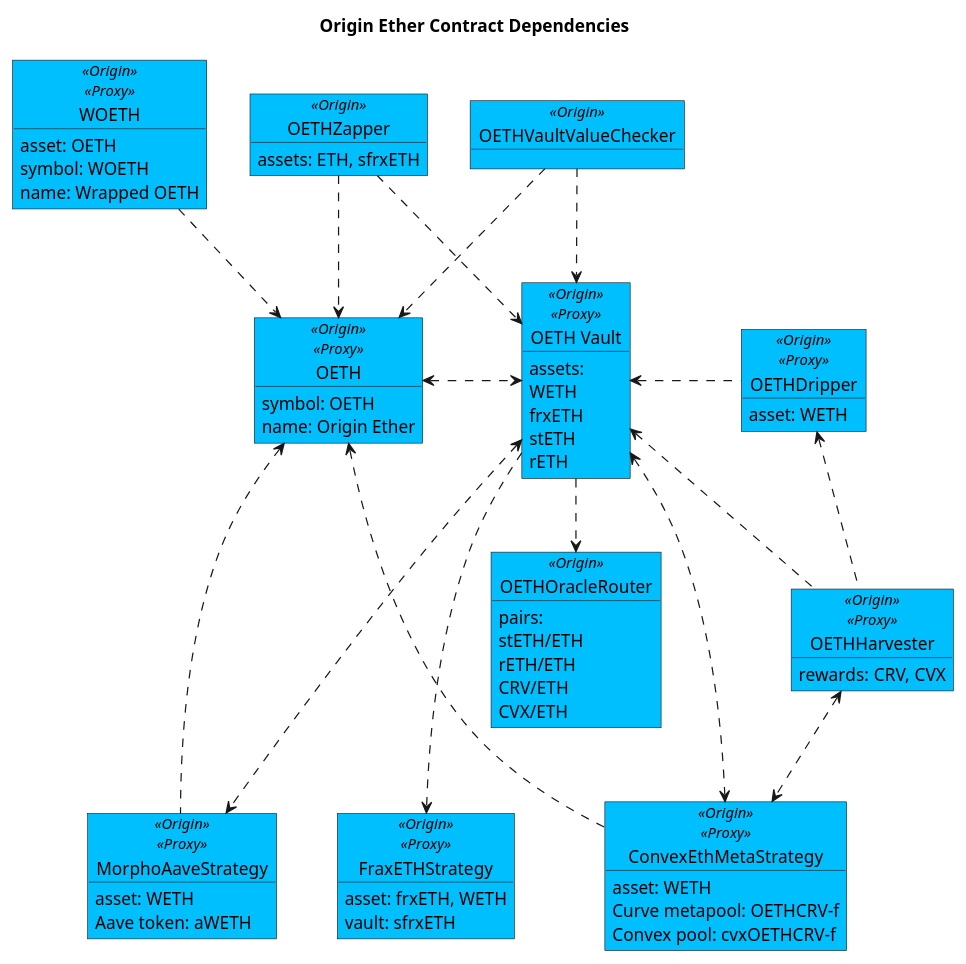
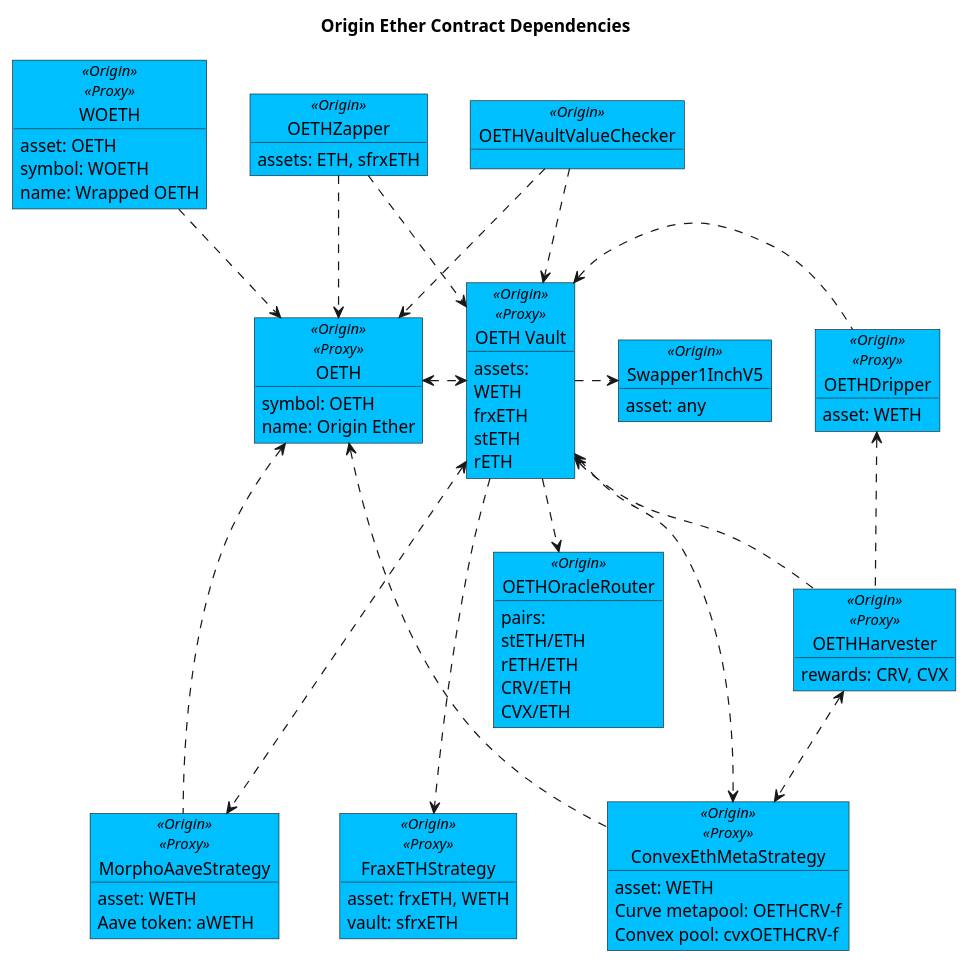
Before and after one commit to OriginProtocol/origin-dollar: the diagram in contracts/docs/plantuml/oethContracts.puml, drawn with PlantUML. The commit also changed 1 other file, not shown here.

Commit message:
Added Swapper1InchV5 to OETH contract dependencies diagram

```diff
--- a/contracts/docs/plantuml/oethContracts.puml
+++ b/contracts/docs/plantuml/oethContracts.puml
@@ -30,6 +30,10 @@
   frxETH
   stETH
   rETH
+}
+
+object "Swapper1InchV5" as swap <<Origin>> #DeepSkyBlue {
+    asset: any
 }
 
 object "OETHHarvester" as harv <<Origin>><<Proxy>> #DeepSkyBlue {
@@ -165,6 +169,7 @@
 woeth ..> oeth
 oeth <.> oethv
 oethv ..> oracle
+oethv .> swap
 ' oracle ...> chain
 
 
```
